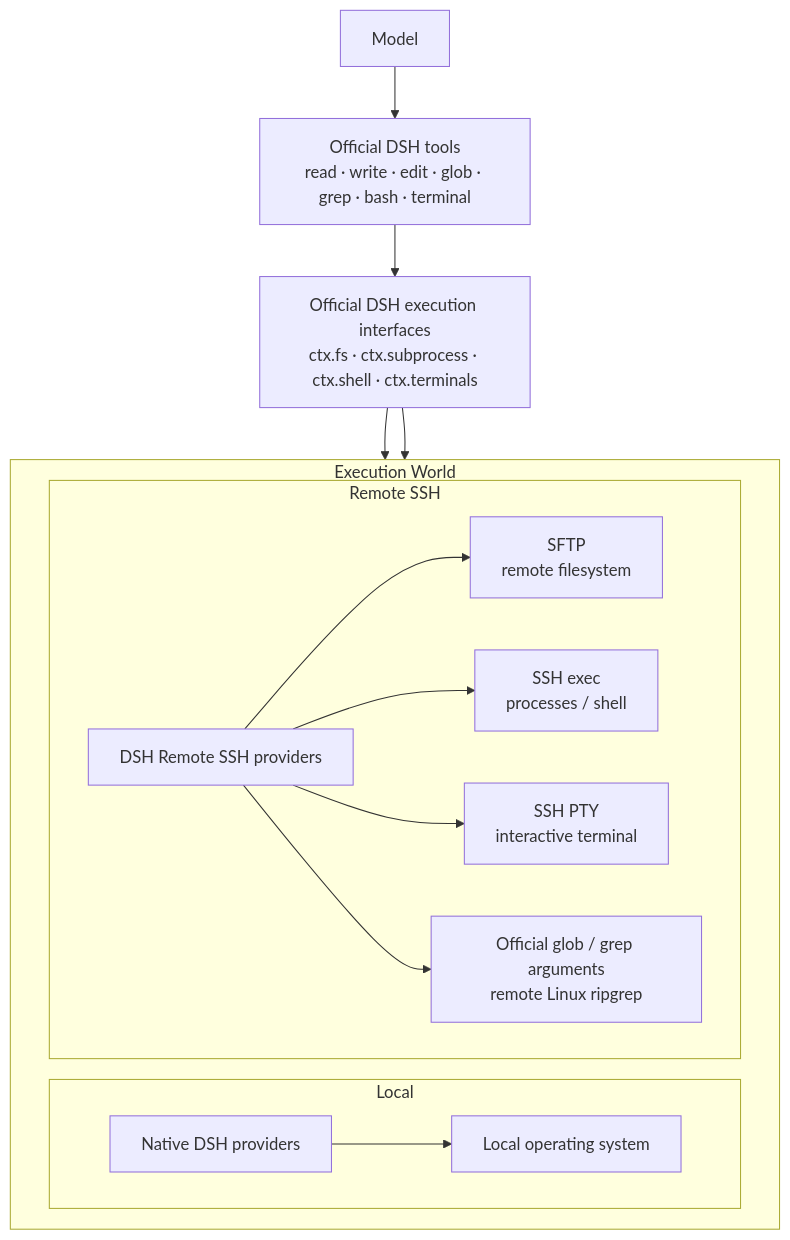
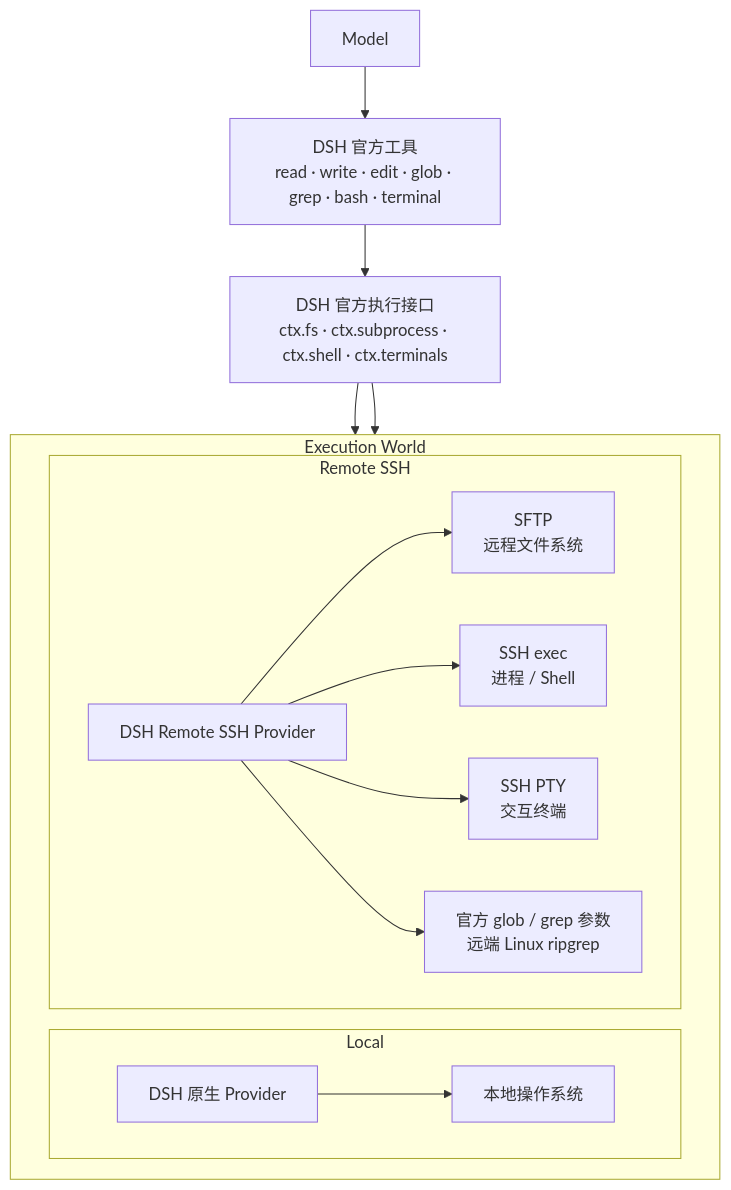
Before and after one commit to zzaccount/dsh-remoteSSH: the diagram in README.md, drawn with Mermaid. The commit also changed other lines of this file and 4 other files, not shown here.

````diff
--- a/README.md
+++ b/README.md
@@ -103,34 +103,34 @@
 ```mermaid
 flowchart TB
     M[Model]
-    T[Official DSH tools<br/>read · write · edit · glob · grep · bash · terminal]
-    I[Official DSH execution interfaces<br/>ctx.fs · ctx.subprocess · ctx.shell · ctx.terminals]
+    T[DSH 官方工具<br/>read · write · edit · glob · grep · bash · terminal]
+    I[DSH 官方执行接口<br/>ctx.fs · ctx.subprocess · ctx.shell · ctx.terminals]
 
     M --> T --> I
 
     subgraph W[Execution World]
         direction LR
 
         subgraph L[Local]
-            LP[Native DSH providers]
-            LOS[Local operating system]
+            LP[DSH 原生 Provider]
+            LOS[本地操作系统]
             LP --> LOS
         end
 
         subgraph R[Remote SSH]
-            RP[DSH Remote SSH providers]
-            FS[SFTP<br/>remote filesystem]
-            EX[SSH exec<br/>processes / shell]
-            PTY[SSH PTY<br/>interactive terminal]
-            RG[Official glob / grep arguments<br/>remote Linux ripgrep]
+            RP[DSH Remote SSH Provider]
+            FS[SFTP<br/>远程文件系统]
+            EX[SSH exec<br/>进程 / Shell]
+            PTY[SSH PTY<br/>交互终端]
+            RG[官方 glob / grep 参数<br/>远端 Linux ripgrep]
 
             RP --> FS
             RP --> EX
             RP --> PTY
             RP --> RG
         end
     end
 
     I --> LP
     I --> RP
 ```
````
